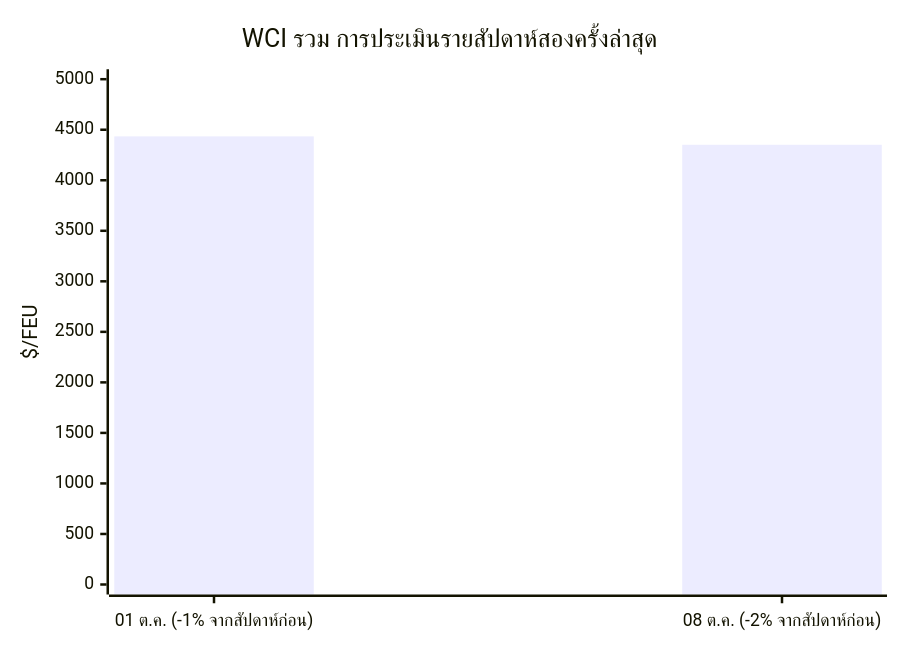
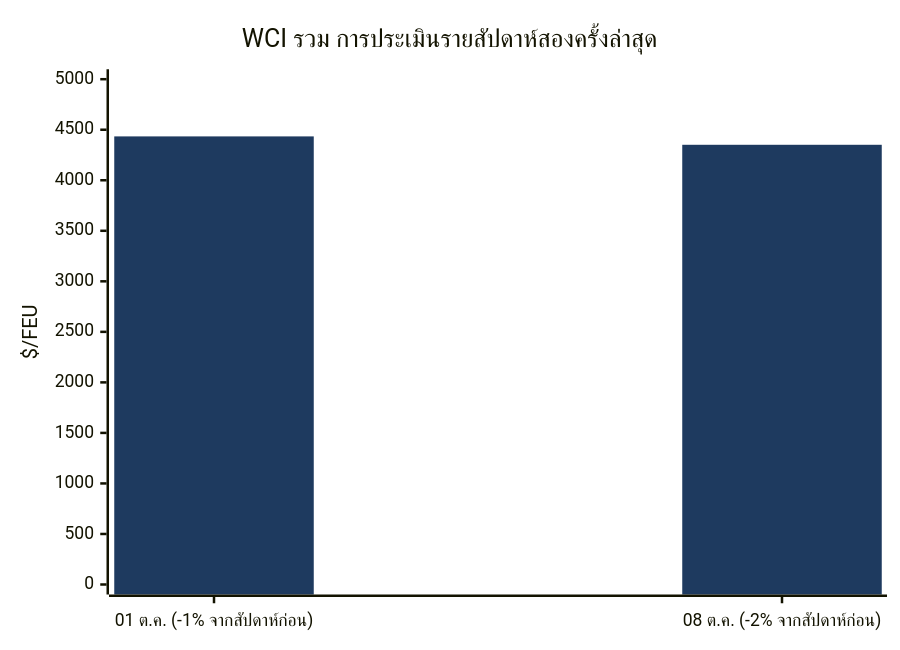
The fourth of 8 diagrams in Global-Trade-Intelligence-weekly-2026-10-12/index.th.md (dureach/research), drawn with Mermaid before and after one commit. The commit also changed other lines of this file and 13 other files, not shown here.

First line of the commit message:
Colorful mermaid charts: brand-color bars via init directive (all 7 langs, both editions)

````diff
--- a/Global-Trade-Intelligence-weekly-2026-10-12/index.th.md
+++ b/Global-Trade-Intelligence-weekly-2026-10-12/index.th.md
@@ -366,7 +369,8 @@
 ```mermaid
+%%{init: {'theme': 'base', 'themeVariables': {'xyChart': {'plotColorPalette': '#1e3a5f'}}}}%%
 xychart-beta
     title "WCI รวม การประเมินรายสัปดาห์สองครั้งล่าสุด"
     x-axis ["01 ต.ค. (-1% จากสัปดาห์ก่อน)", "08 ต.ค. (-2% จากสัปดาห์ก่อน)"]
     y-axis "$/FEU" 0 --> 5000
     bar [4434, 4351]
 ```
````
